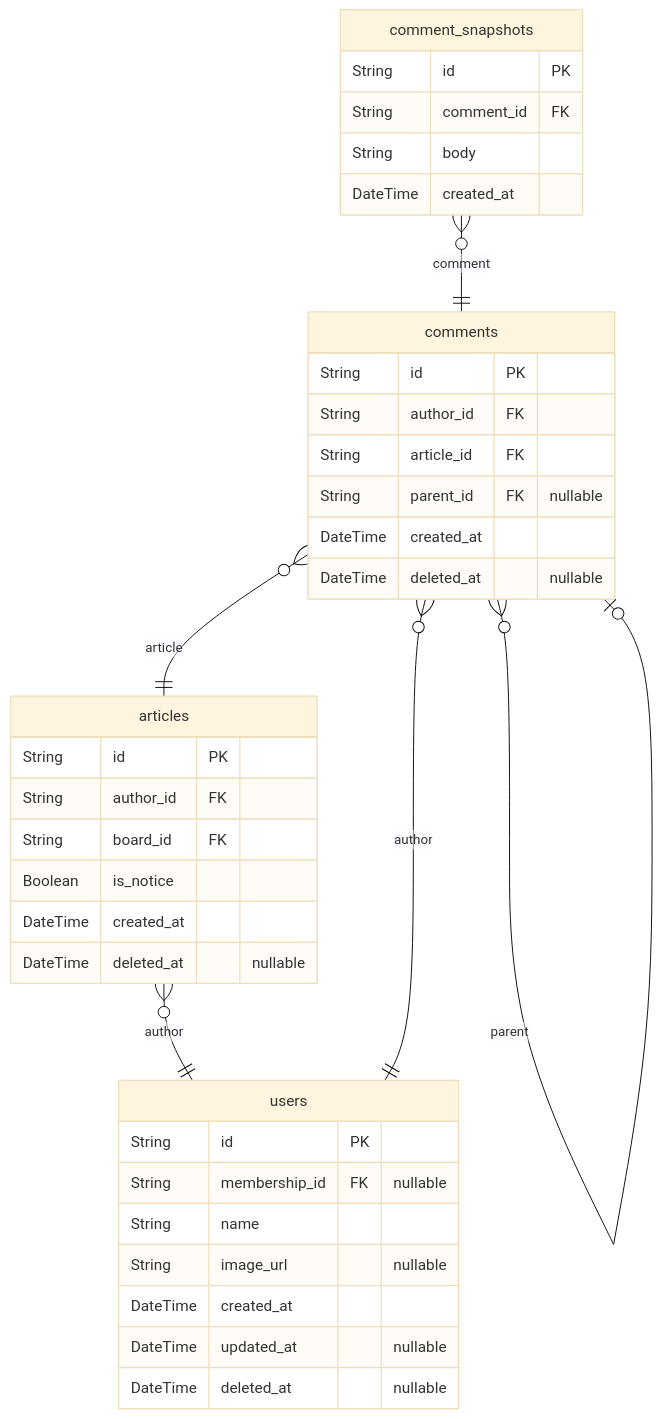
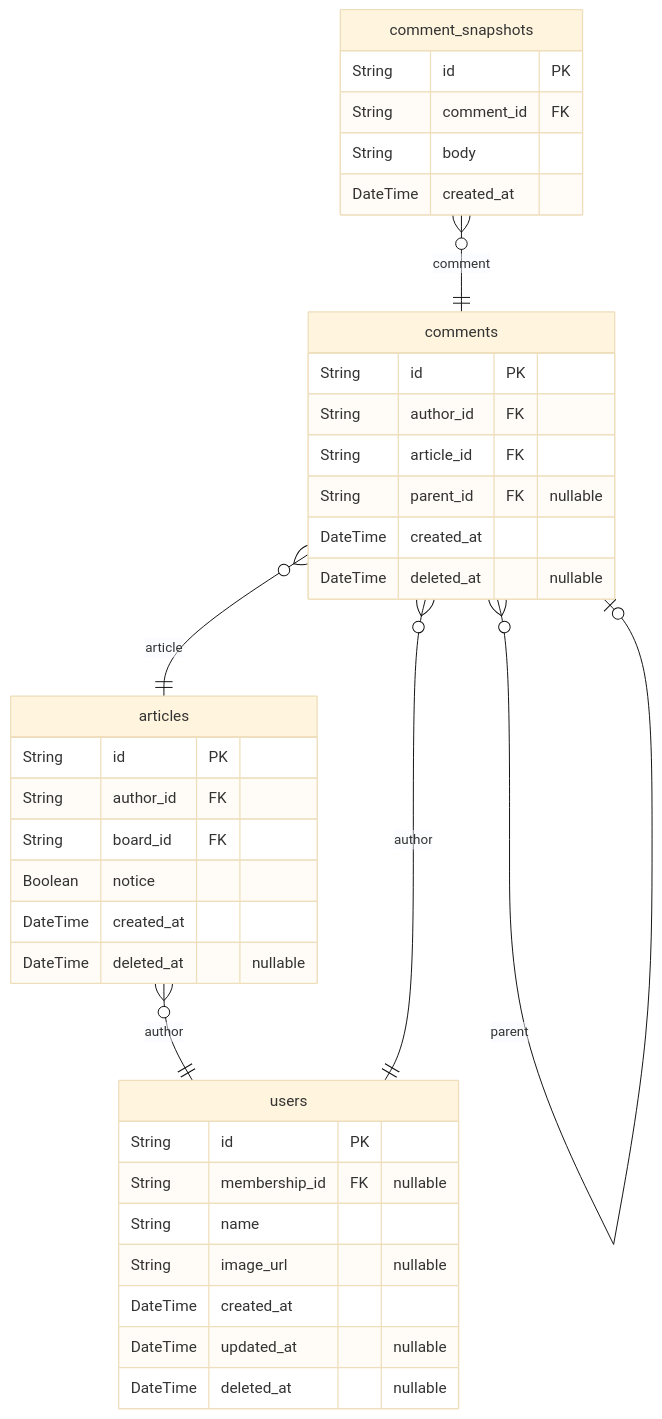
The second of 5 diagrams in ERD.md (rojiwon123/bbs), drawn with Mermaid (base theme) before and after one commit. The commit also changed other lines of this file and 26 other files, not shown here.

````diff
--- a/ERD.md
+++ b/ERD.md
@@ -386,39 +337,39 @@
 ```mermaid
 erDiagram
 "articles" {
     String id PK
     String author_id FK
     String board_id FK
-    Boolean is_notice
+    Boolean notice
     DateTime created_at
     DateTime deleted_at "nullable"
 }
 "comments" {
     String id PK
     String author_id FK
     String article_id FK
     String parent_id FK "nullable"
     DateTime created_at
     DateTime deleted_at "nullable"
 }
 "comment_snapshots" {
     String id PK
     String comment_id FK
     String body
     DateTime created_at
 }
 "users" {
     String id PK
     String membership_id FK "nullable"
     String name
     String image_url "nullable"
     DateTime created_at
     DateTime updated_at "nullable"
     DateTime deleted_at "nullable"
 }
 "articles" }o--|| "users" : author
 "comments" }o--|| "users" : author
 "comments" }o--|| "articles" : article
 "comments" }o--o| "comments" : parent
 "comment_snapshots" }o--|| "comments" : comment
 ```
````
